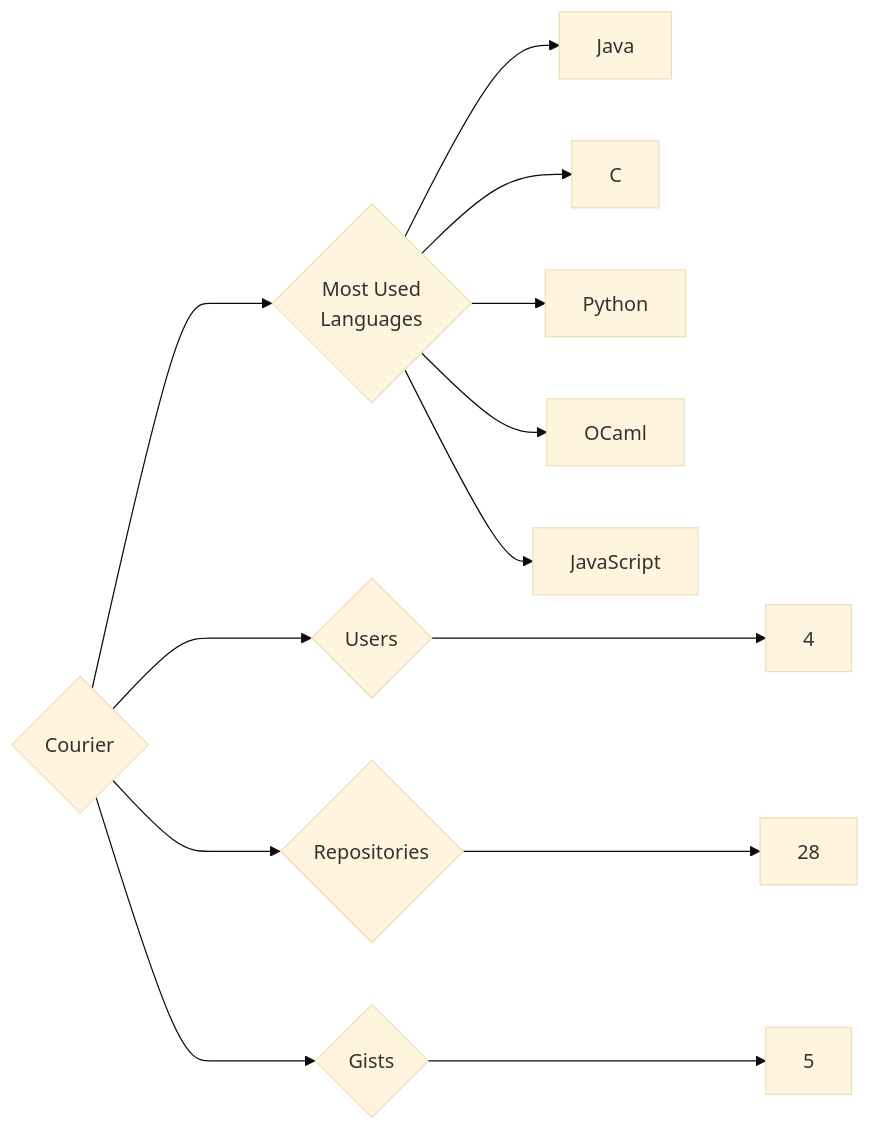
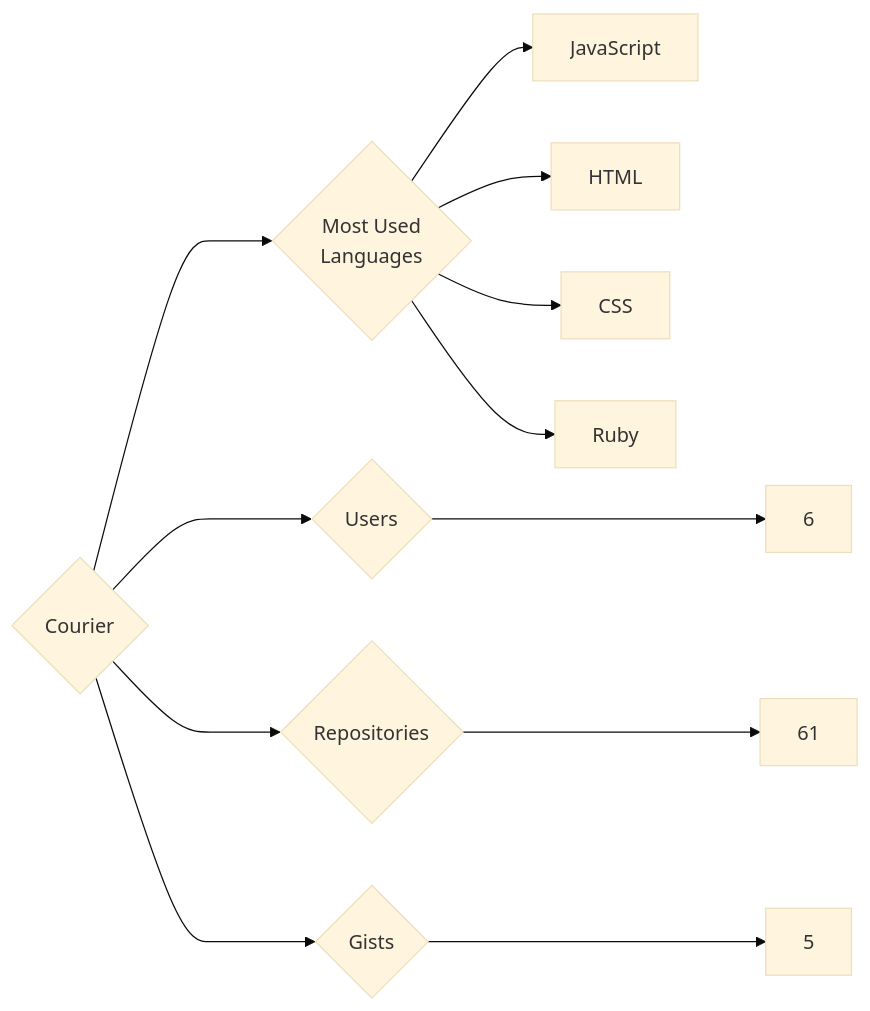
Before and after one commit to trickest/insiders: the diagram in targets/Courier/README.md, drawn with Mermaid (base theme). The commit also changed 1084 other files, not shown here.

````diff
--- a/targets/Courier/README.md
+++ b/targets/Courier/README.md
@@ -3,13 +3,12 @@
 ```mermaid
 graph LR
 COMPANY_NAME{Courier}
-COMPANY_NAME ---> U{Users} ---> UN[4]
-COMPANY_NAME ---> R{Repositories} ---> RN[28]
+COMPANY_NAME ---> U{Users} ---> UN[6]
+COMPANY_NAME ---> R{Repositories} ---> RN[61]
 COMPANY_NAME ---> G{Gists} ---> GN[5]
 COMPANY_NAME ---> ML{Most Used<br>Languages}
-ML --> Java[Java]
-ML --> C[C]
-ML --> Python[Python]
-ML --> OCaml[OCaml]
 ML --> JavaScript[JavaScript]
+ML --> HTML[HTML]
+ML --> CSS[CSS]
+ML --> Ruby[Ruby]
 ```
````
